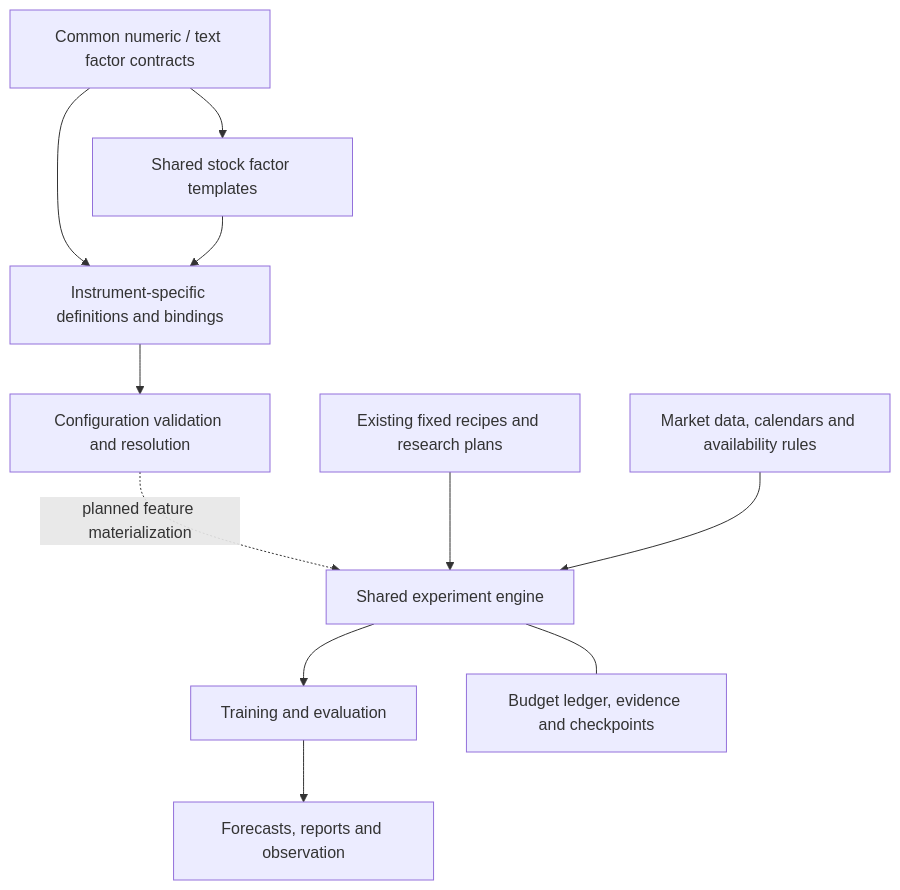
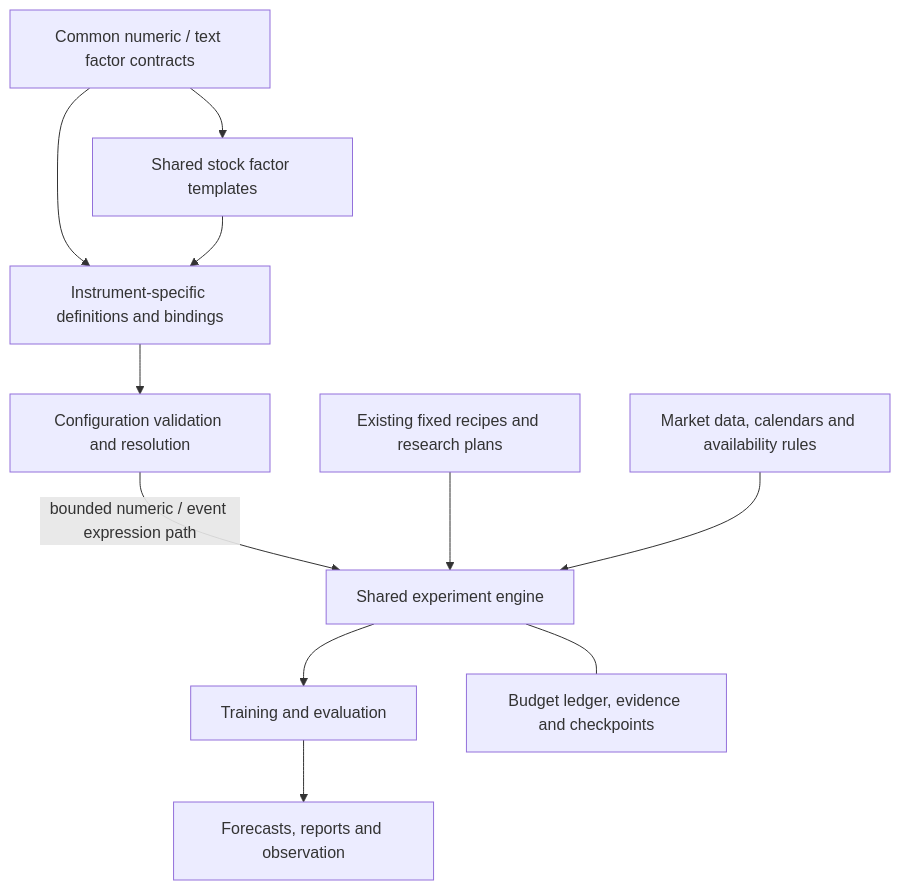
The first of 2 diagrams in README.md (chickeyton/Quant_RSI), drawn with Mermaid before and after one commit. The commit also changed other lines of this file and 16 other files, not shown here.

Commit message:
Add bounded factor discovery and event lifecycles

````diff
--- a/README.md
+++ b/README.md
@@ -23,13 +23,13 @@
 ```mermaid
 flowchart TD
     A["Common numeric / text factor contracts"] --> B["Shared stock factor templates"]
     A --> C["Instrument-specific definitions and bindings"]
     B --> C
     C --> D["Configuration validation and resolution"]
-    D -.->|"planned feature materialization"| E["Shared experiment engine"]
+    D -->|"bounded numeric / event expression path"| E["Shared experiment engine"]
     P["Existing fixed recipes and research plans"] --> E
     M["Market data, calendars and availability rules"] --> E
     E --> F["Training and evaluation"]
     F --> G["Forecasts, reports and observation"]
     E --- H["Budget ledger, evidence and checkpoints"]
 ```
````
